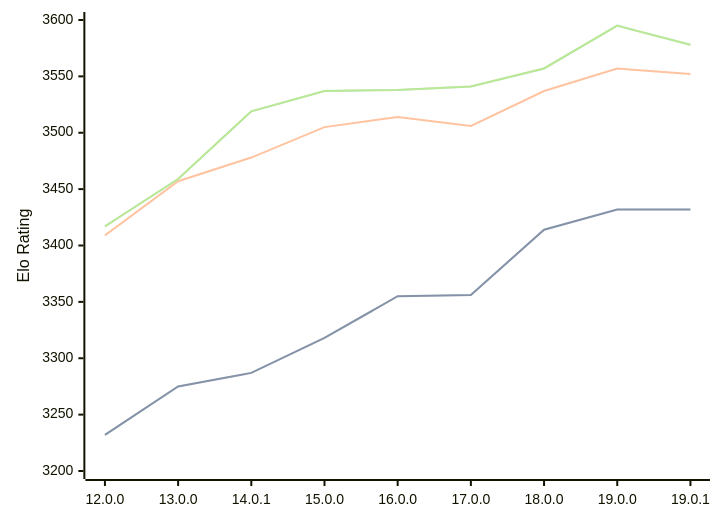
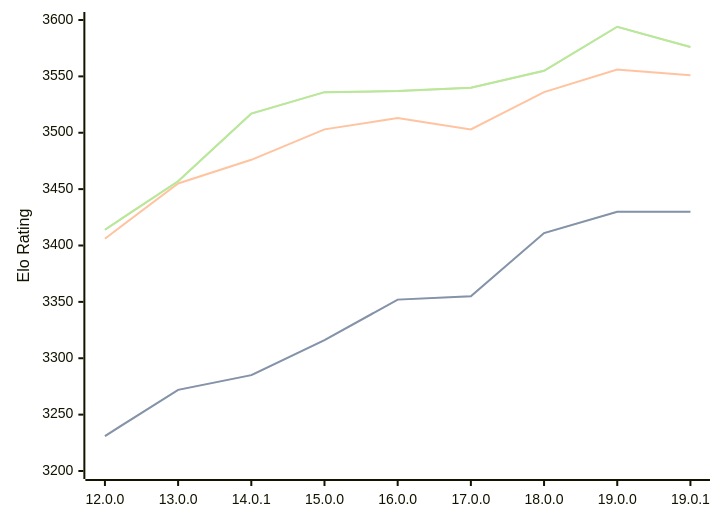
Before and after one commit to computer-chess-index/cci: the diagram in engines/Viridithas.md, drawn with Mermaid. The commit also changed other lines of this file, not shown here.

Commit message:
Update CCI Ratings (ELO VLTC) - 2026-03-31

````diff
--- a/engines/Viridithas.md
+++ b/engines/Viridithas.md
@@ -63,11 +63,11 @@
 ```mermaid
 %%{init: {"theme":"base","themeVariables":{"seriesColors:['#a3a3a3','#222221','#faa371']}}}%%
 xychart-beta
   x-axis ["12.0.0", "13.0.0", "14.0.1", "15.0.0", "16.0.0", "17.0.0", "18.0.0", "19.0.0", "19.0.1"]
   y-axis "Elo Rating" 3200 --> 3600
-  line "STC (8.0+0.08s)" [3232, 3275, 3287, 3318, 3355, 3356, 3414, 3432, 3432]
-  line "STC (8.0+0.08s)" [3232, 3275, 3287, 3318, 3355, 3356, 3414, 3432, 3432]
-  line "LTC (60.0+0.60s)" [3409, 3457, 3478, 3505, 3514, 3506, 3537, 3557, 3552]
-  line "VLTC (2m24s+1.12s)" [3417, 3459, 3519, 3537, 3538, 3541, 3557, 3595, 3578]
-  line "VLTC (2m24s+1.12s)" [3417, 3459, 3519, 3537, 3538, 3541, 3557, 3595, 3578]
+  line "STC (8.0+0.08s)" [3231, 3272, 3285, 3316, 3352, 3355, 3411, 3430, 3430]
+  line "STC (8.0+0.08s)" [3231, 3272, 3285, 3316, 3352, 3355, 3411, 3430, 3430]
+  line "LTC (60.0+0.60s)" [3406, 3455, 3476, 3503, 3513, 3503, 3536, 3556, 3551]
+  line "VLTC (2m24s+1.12s)" [3414, 3457, 3517, 3536, 3537, 3540, 3555, 3594, 3576]
+  line "VLTC (2m24s+1.12s)" [3414, 3457, 3517, 3536, 3537, 3540, 3555, 3594, 3576]
 ```
````
